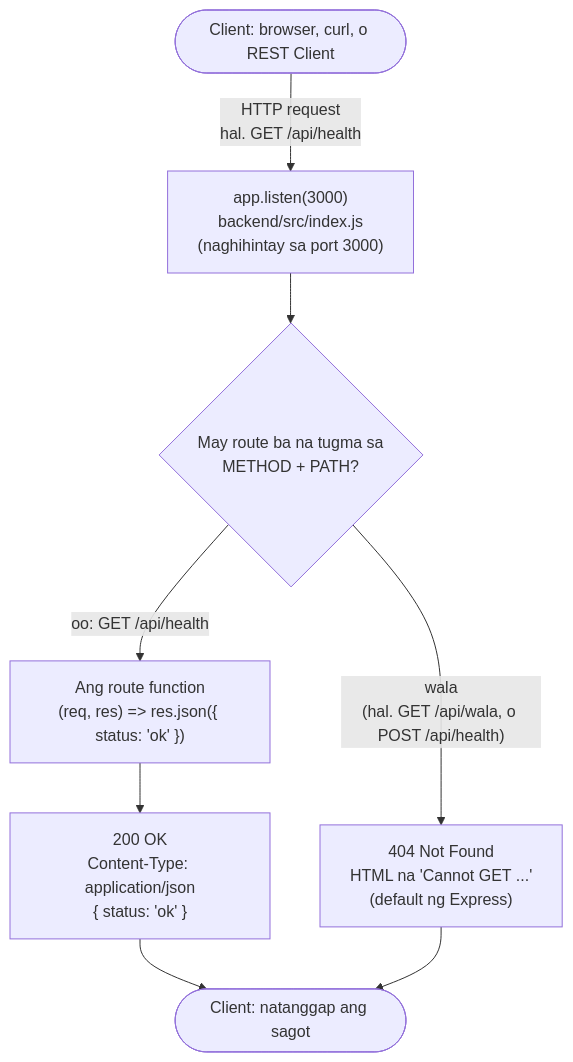
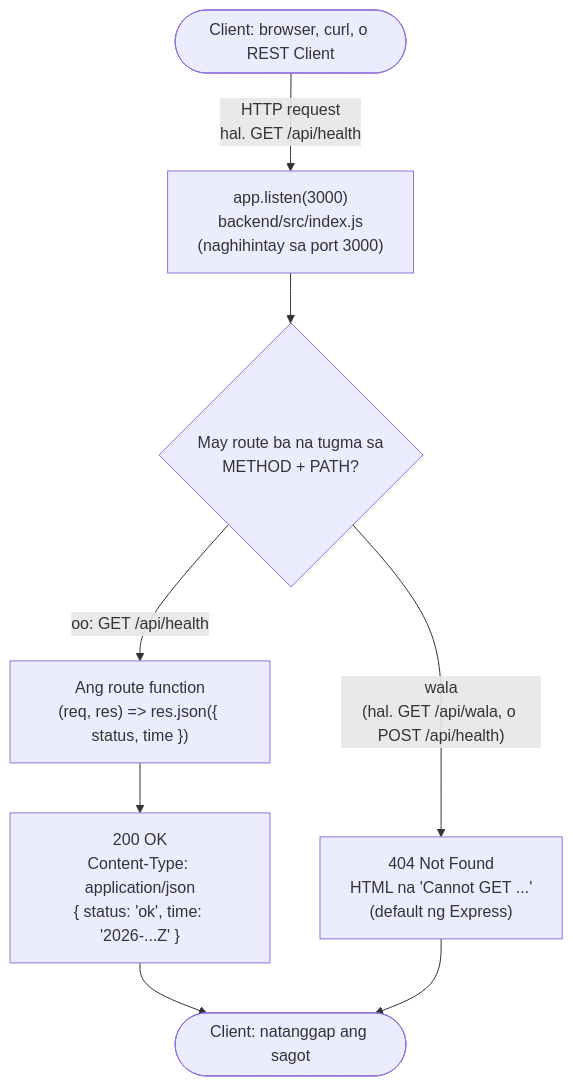
Before and after one commit to nelson1869-ai/auth-learning: the diagram in docs/diagrams/01-request-lifecycle.md, drawn with Mermaid. The commit also changed other lines of this file and 2 other files, not shown here.

Commit message:
docs: update health .http and diagram for the time field; 2-space indent in editor

````diff
--- a/docs/diagrams/01-request-lifecycle.md
+++ b/docs/diagrams/01-request-lifecycle.md
@@ -9,10 +9,10 @@
 ```mermaid
 flowchart TD
     Start(["Client: browser, curl, o REST Client"]) -->|"HTTP request<br/>hal. GET /api/health"| Listen["app.listen(3000)<br/>backend/src/index.js<br/>(naghihintay sa port 3000)"]
     Listen --> Match{"May route ba na tugma sa<br/>METHOD + PATH?"}
-    Match -->|"oo: GET /api/health"| Handler["Ang route function<br/>(req, res) => res.json({ status: 'ok' })"]
-    Handler --> OK["200 OK<br/>Content-Type: application/json<br/>{ status: 'ok' }"]
+    Match -->|"oo: GET /api/health"| Handler["Ang route function<br/>(req, res) => res.json({ status, time })"]
+    Handler --> OK["200 OK<br/>Content-Type: application/json<br/>{ status: 'ok', time: '2026-...Z' }"]
     Match -->|"wala<br/>(hal. GET /api/wala, o POST /api/health)"| NotFound["404 Not Found<br/>HTML na 'Cannot GET ...'<br/>(default ng Express)"]
     OK --> Done(["Client: natanggap ang sagot"])
     NotFound --> Done
 ```
````
